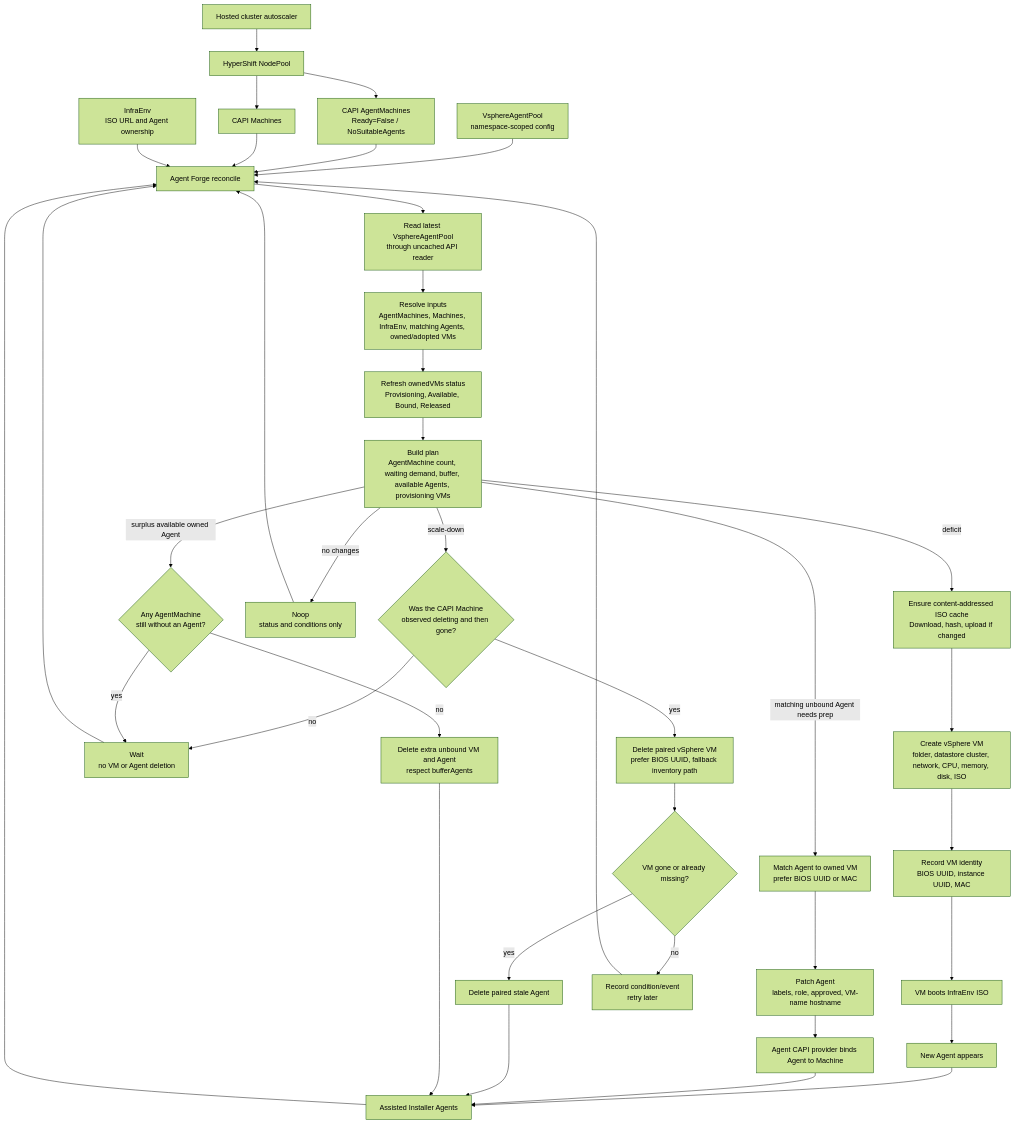
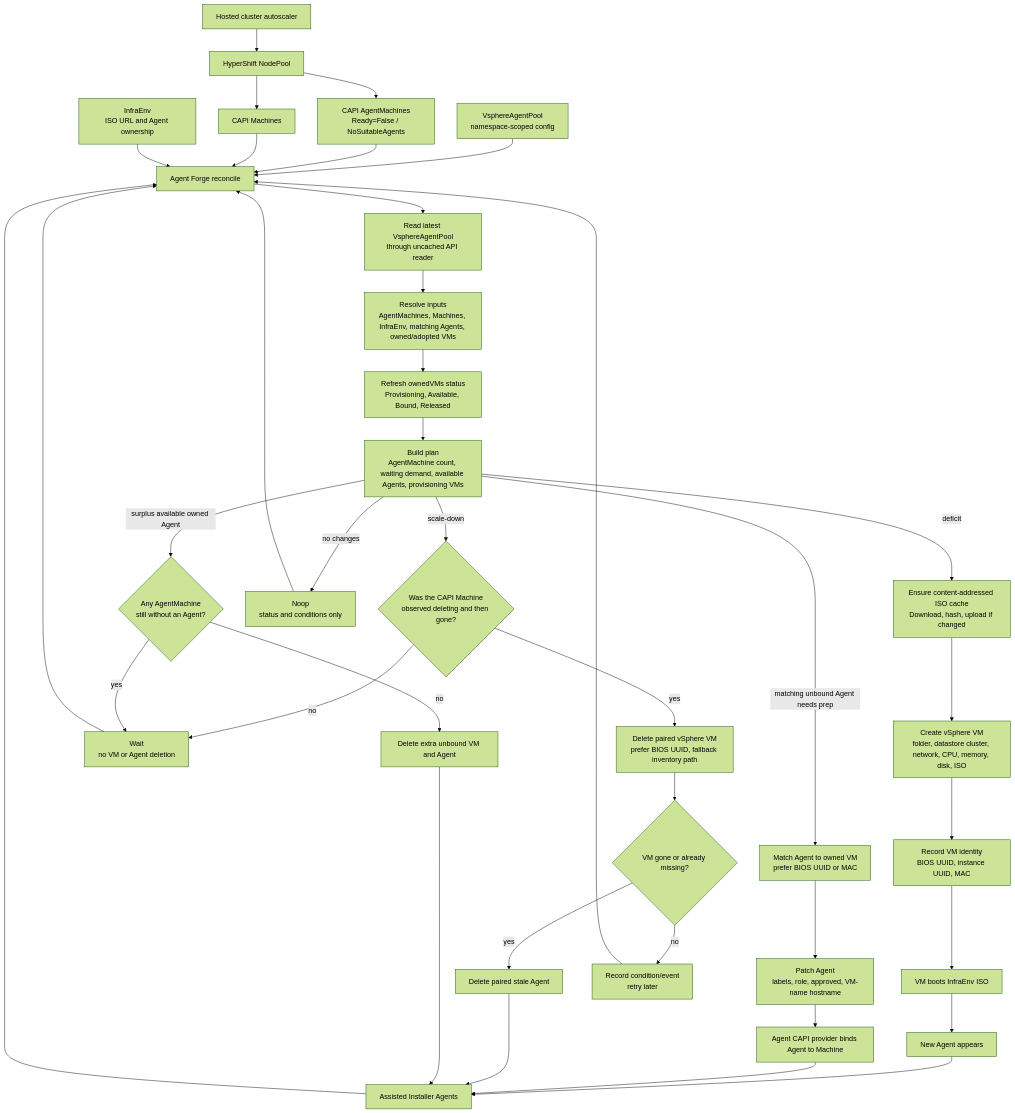
One commit to containeroo/agent-forge-operator changed the diagram in README.md. Above: the diagram before and after it, drawn with Mermaid (forest theme). The commit also changed other lines of this file and 16 other files, not shown here.

````diff
--- a/README.md
+++ b/README.md
@@ -38,46 +38,46 @@
 ```mermaid
 flowchart TD
     autoscaler["Hosted cluster autoscaler"] --> nodepool["HyperShift NodePool"]
     nodepool --> agentmachine["CAPI AgentMachines\nReady=False / NoSuitableAgents"]
     nodepool --> machine["CAPI Machines"]
     pool["VsphereAgentPool\nnamespace-scoped config"] --> reconcile["Agent Forge reconcile"]
     agentmachine --> reconcile
     machine --> reconcile
     infraenv["InfraEnv\nISO URL and Agent ownership"] --> reconcile
     agents["Assisted Installer Agents"] --> reconcile
 
     reconcile --> fresh["Read latest VsphereAgentPool\nthrough uncached API reader"]
     fresh --> discover["Resolve inputs\nAgentMachines, Machines, InfraEnv, matching Agents, owned/adopted VMs"]
     discover --> refresh["Refresh ownedVMs status\nProvisioning, Available, Bound, Released"]
-    refresh --> plan["Build plan\nAgentMachine count, waiting demand, buffer, available Agents, provisioning VMs"]
+    refresh --> plan["Build plan\nAgentMachine count, waiting demand, available Agents, provisioning VMs"]
 
     plan -->|deficit| iso["Ensure content-addressed ISO cache\nDownload, hash, upload if changed"]
     iso --> create["Create vSphere VM\nfolder, datastore cluster, network, CPU, memory, disk, ISO"]
     create --> identity["Record VM identity\nBIOS UUID, instance UUID, MAC"]
     identity --> boot["VM boots InfraEnv ISO"]
     boot --> newagent["New Agent appears"]
     newagent --> agents
 
     plan -->|matching unbound Agent needs prep| match["Match Agent to owned VM\nprefer BIOS UUID or MAC"]
     match --> prep["Patch Agent\nlabels, role, approved, VM-name hostname"]
     prep --> bind["Agent CAPI provider binds Agent to Machine"]
     bind --> agents
 
     plan -->|scale-down| deleting{"Was the CAPI Machine\nobserved deleting and then gone?"}
     deleting -->|no| wait["Wait\nno VM or Agent deletion"]
     deleting -->|yes| deletevm["Delete paired vSphere VM\nprefer BIOS UUID, fallback inventory path"]
     deletevm --> deleteagent{"VM gone or already missing?"}
     deleteagent -->|yes| removeagent["Delete paired stale Agent"]
     deleteagent -->|no| retry["Record condition/event\nretry later"]
     removeagent --> agents
 
     plan -->|surplus available owned Agent| surplus{"Any AgentMachine\nstill without an Agent?"}
     surplus -->|yes| wait
-    surplus -->|no| deletefree["Delete extra unbound VM and Agent\nrespect bufferAgents"]
+    surplus -->|no| deletefree["Delete extra unbound VM and Agent"]
     deletefree --> agents
 
     plan -->|no changes| noop["Noop\nstatus and conditions only"]
     wait --> reconcile
     retry --> reconcile
     noop --> reconcile
 ```
````
